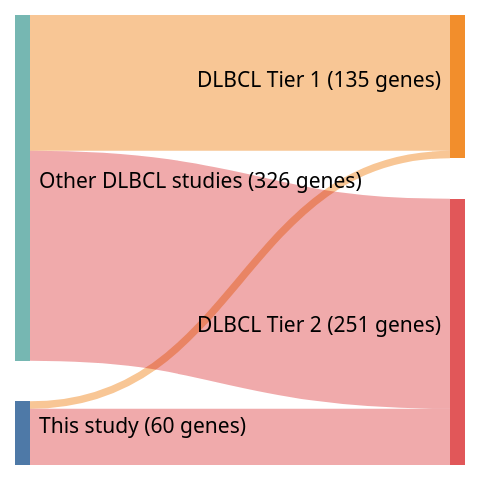
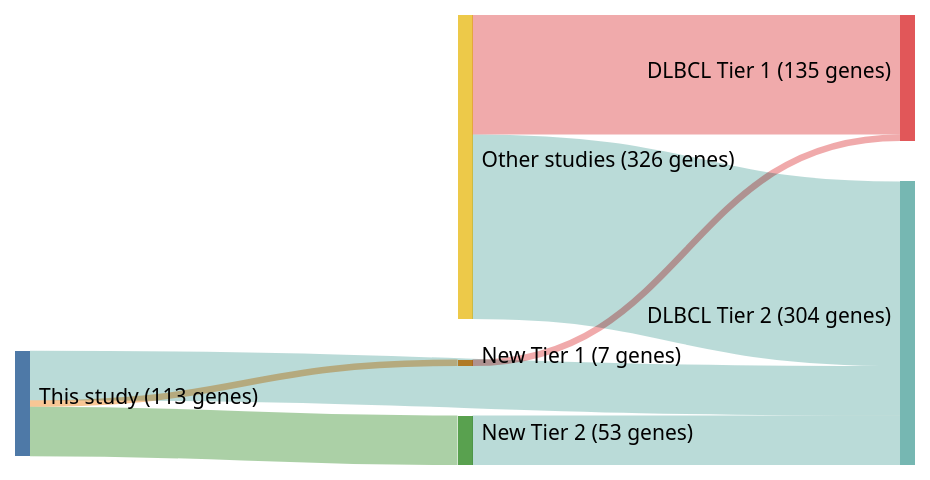
Before and after one commit to morinlab/lymphopedia: the diagram in papers/reddyGeneticFunctionalDrivers2017.md, drawn with Mermaid (neutral theme). The commit also changed 82 other files, not shown here.

````diff
--- a/papers/reddyGeneticFunctionalDrivers2017.md
+++ b/papers/reddyGeneticFunctionalDrivers2017.md
@@ -12,18 +12,21 @@
 ```mermaid
 ---
 config:
     sankey:
         showValues: true
         linkColor: target
-        width: 300
+        width: 600
         height: 300
         nodeAlignment: right
         prefix: '('
         suffix: ' genes)'
 ---
 sankey-beta
-This study, DLBCL Tier 1, 7
+This study, New Tier 1, 7
+New Tier 1, DLBCL Tier 1, 7
 This study, DLBCL Tier 2, 53
-Other DLBCL studies, DLBCL Tier 1, 128
-Other DLBCL studies, DLBCL Tier 2, 198
+This study, New Tier 2, 53
+New Tier 2, DLBCL Tier 2, 53
+Other studies, DLBCL Tier 1, 128
+Other studies, DLBCL Tier 2, 198
 ```
````
